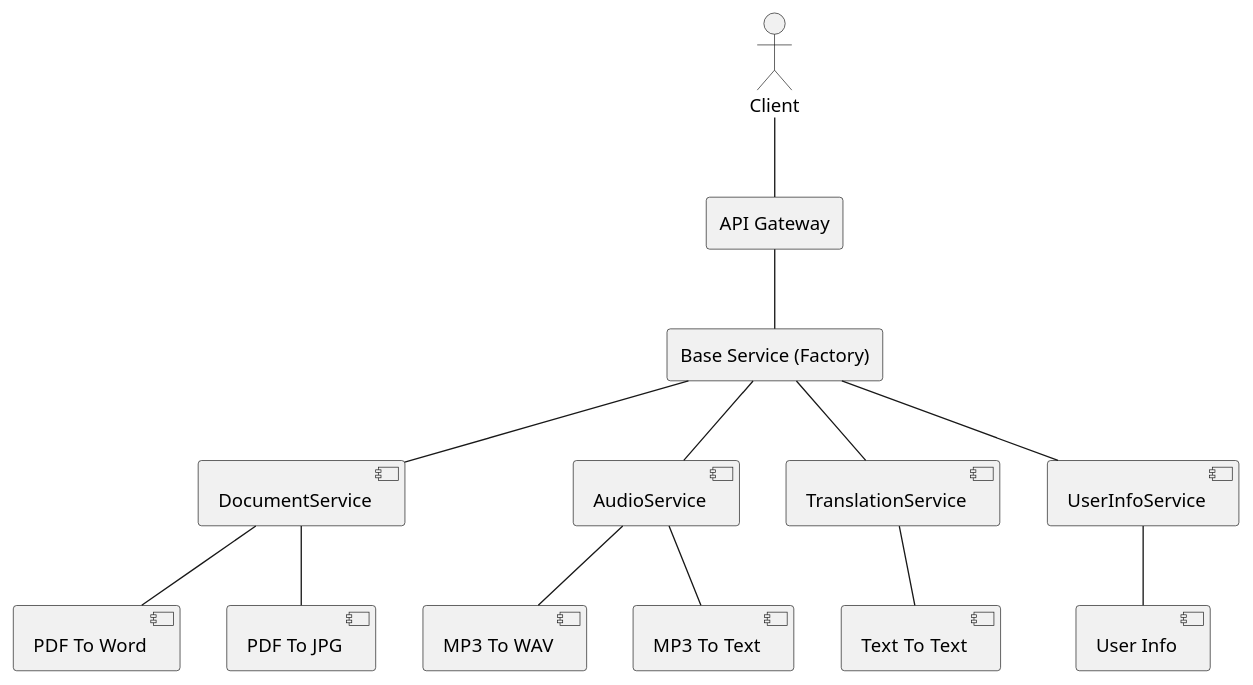
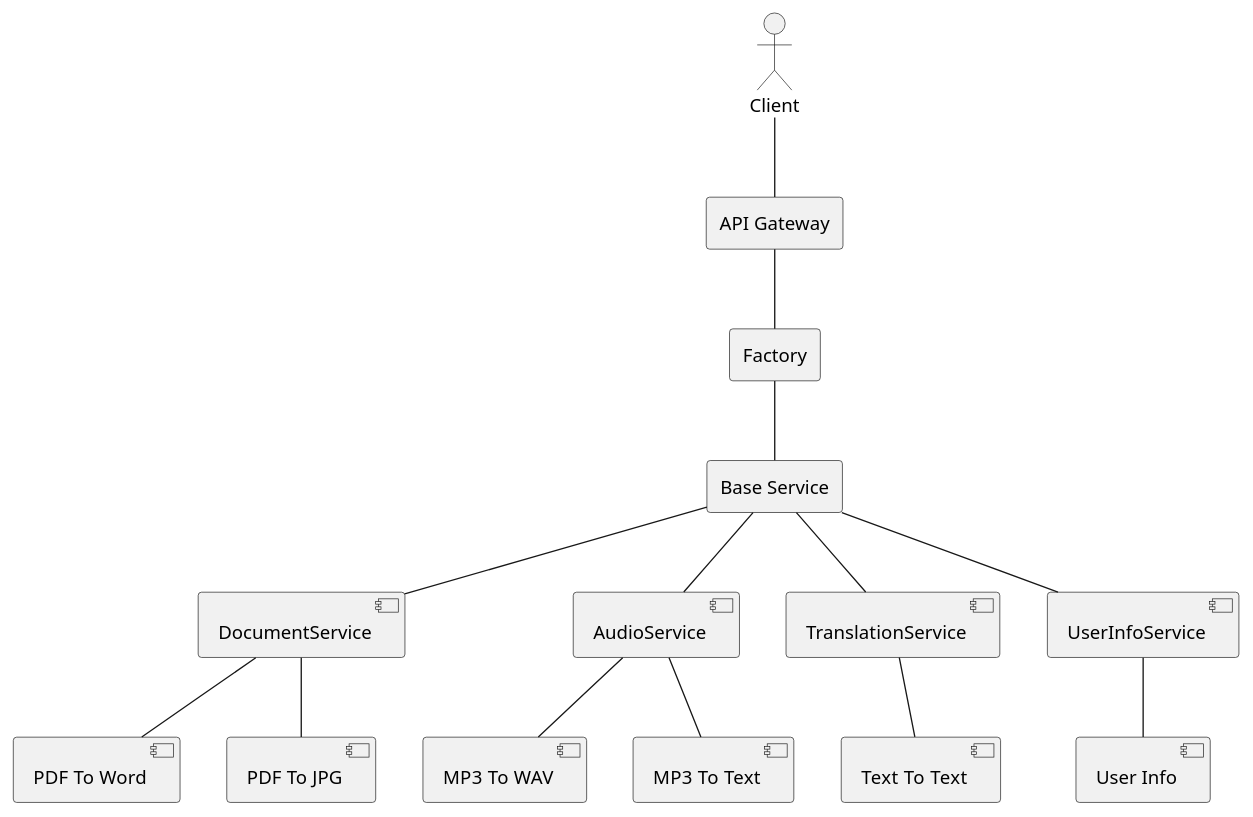
One commit to andresacg30/it-services changed the diagram in docs/diagrams/system_diagram.puml. Above: the diagram before and after it, drawn with PlantUML. The commit also changed 13 other files, not shown here.

Commit message:
initial architecture and modified diagrams

```diff
--- a/docs/diagrams/system_diagram.puml
+++ b/docs/diagrams/system_diagram.puml
@@ -1,20 +1,22 @@
 @startuml System Architecture Diagram
 
 "Client" as client
 rectangle "API Gateway" as gateway
-rectangle "Base Service (Factory)" as base_service
+rectangle "Base Service" as base_service
+rectangle "Factory" as factory
 
 client -- gateway
-gateway -- base_service
+gateway -- factory
+factory -- base_service
 base_service -- [DocumentService]
 base_service -- [AudioService]
 base_service -- [TranslationService]
 base_service -- [UserInfoService]
 [DocumentService] -- [PDF To Word]
 [DocumentService] -- [PDF To JPG]
 [AudioService] -- [MP3 To WAV]
 [AudioService] -- [MP3 To Text]
 [TranslationService] -- [Text To Text]
 [UserInfoService] -- [User Info]
 
 @enduml
```
